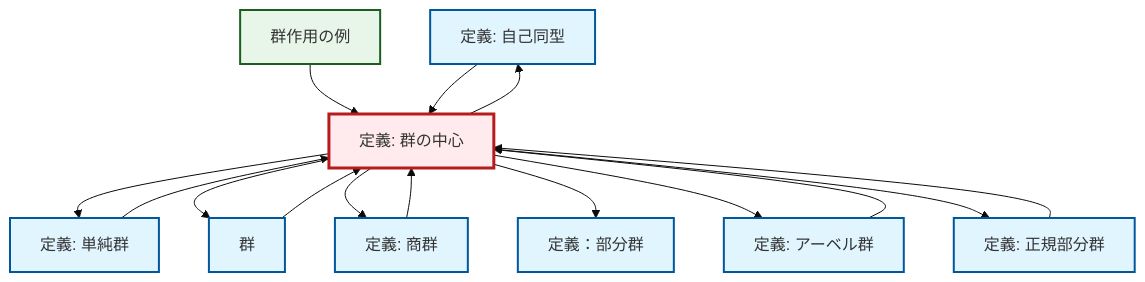
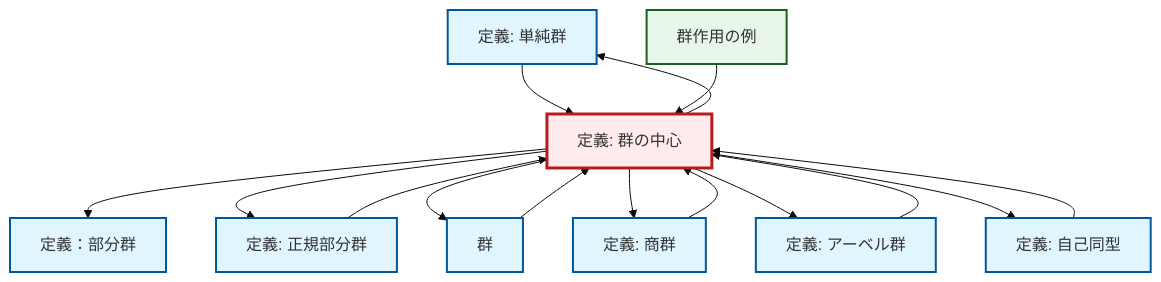
The diagram in content/ja/algebra/def-center-of-group.qmd (RK0429/ModernMath), drawn with Mermaid (base theme) before and after one commit. The commit also changed other lines of this file and 1012 other files, not shown here.

````diff
--- a/content/ja/algebra/def-center-of-group.qmd
+++ b/content/ja/algebra/def-center-of-group.qmd
@@ -112,41 +112,41 @@
 ```{mermaid}
 %%| fig-cap: "Local dependency graph"
 graph TD
     classDef definition fill:#e1f5fe,stroke:#01579b,stroke-width:2px
     classDef theorem fill:#f3e5f5,stroke:#4a148c,stroke-width:2px
     classDef axiom fill:#fff3e0,stroke:#e65100,stroke-width:2px
     classDef example fill:#e8f5e9,stroke:#1b5e20,stroke-width:2px
     classDef current fill:#ffebee,stroke:#b71c1c,stroke-width:3px
-    def-automorphism["定義: 自己同型"]:::definition
-    def-normal-subgroup["定義: 正規部分群"]:::definition
+    def-simple-group["定義: 単純群"]:::definition
     def-subgroup["定義：部分群"]:::definition
-    ex-group-action-examples["群作用の例"]:::example
     def-quotient-group["定義: 商群"]:::definition
     def-abelian-group["定義: アーベル群"]:::definition
+    def-normal-subgroup["定義: 正規部分群"]:::definition
     def-center-of-group["定義: 群の中心"]:::definition
-    def-simple-group["定義: 単純群"]:::definition
+    def-automorphism["定義: 自己同型"]:::definition
+    ex-group-action-examples["群作用の例"]:::example
     def-group["群"]:::definition
+    def-center-of-group --> def-subgroup
+    def-center-of-group --> def-normal-subgroup
     def-center-of-group --> def-simple-group
-    ex-group-action-examples --> def-center-of-group
     def-center-of-group --> def-group
-    def-center-of-group --> def-quotient-group
-    def-center-of-group --> def-subgroup
-    def-center-of-group --> def-automorphism
-    def-center-of-group --> def-abelian-group
     def-abelian-group --> def-center-of-group
     def-normal-subgroup --> def-center-of-group
     def-group --> def-center-of-group
-    def-center-of-group --> def-normal-subgroup
+    def-quotient-group --> def-center-of-group
+    def-center-of-group --> def-quotient-group
+    def-center-of-group --> def-abelian-group
     def-automorphism --> def-center-of-group
-    def-quotient-group --> def-center-of-group
+    def-center-of-group --> def-automorphism
     def-simple-group --> def-center-of-group
+    ex-group-action-examples --> def-center-of-group
     class def-center-of-group current
-    click def-automorphism "def-automorphism.html" "自己同型の定義へ"
-    click def-normal-subgroup "def-normal-subgroup.html" "正規部分群の定義へ"
+    click def-simple-group "def-simple-group.html" "単純群の定義へ"
     click def-subgroup "def-subgroup.html" "定義：部分群へ"
-    click ex-group-action-examples "ex-group-action-examples.html" "群作用の例へ"
     click def-quotient-group "def-quotient-group.html" "商群の定義へ"
     click def-abelian-group "def-abelian-group.html" "アーベル群の定義へ"
-    click def-simple-group "def-simple-group.html" "単純群の定義へ"
+    click def-normal-subgroup "def-normal-subgroup.html" "正規部分群の定義へ"
+    click def-automorphism "def-automorphism.html" "自己同型の定義へ"
+    click ex-group-action-examples "ex-group-action-examples.html" "群作用の例へ"
     click def-group "def-group.html" "群へ"
 ```
````
